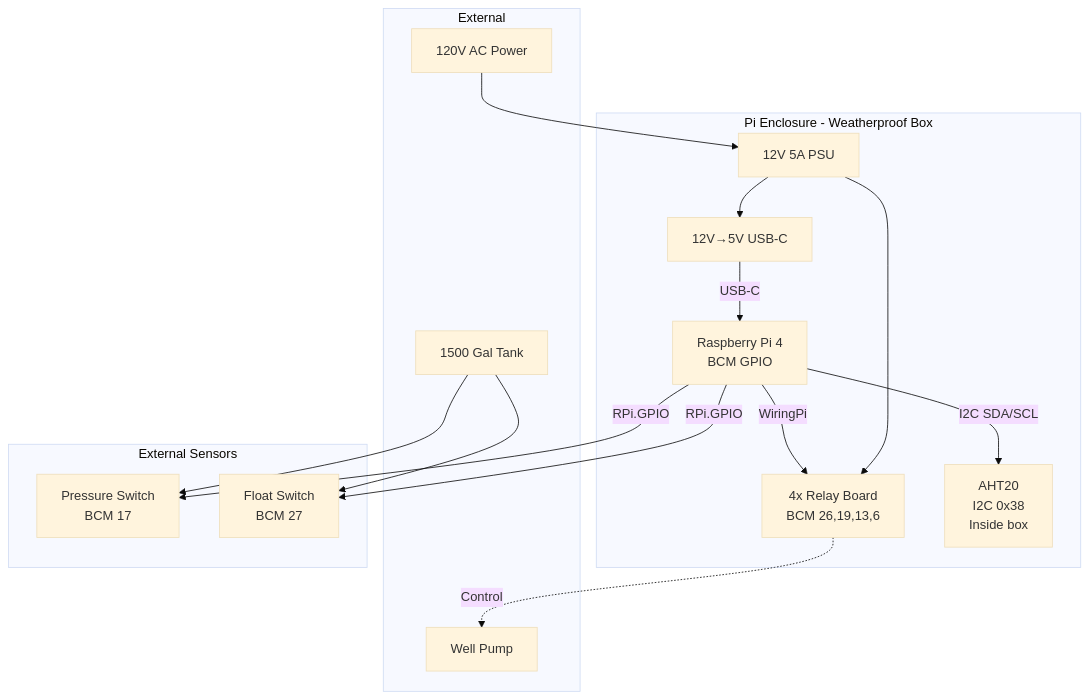
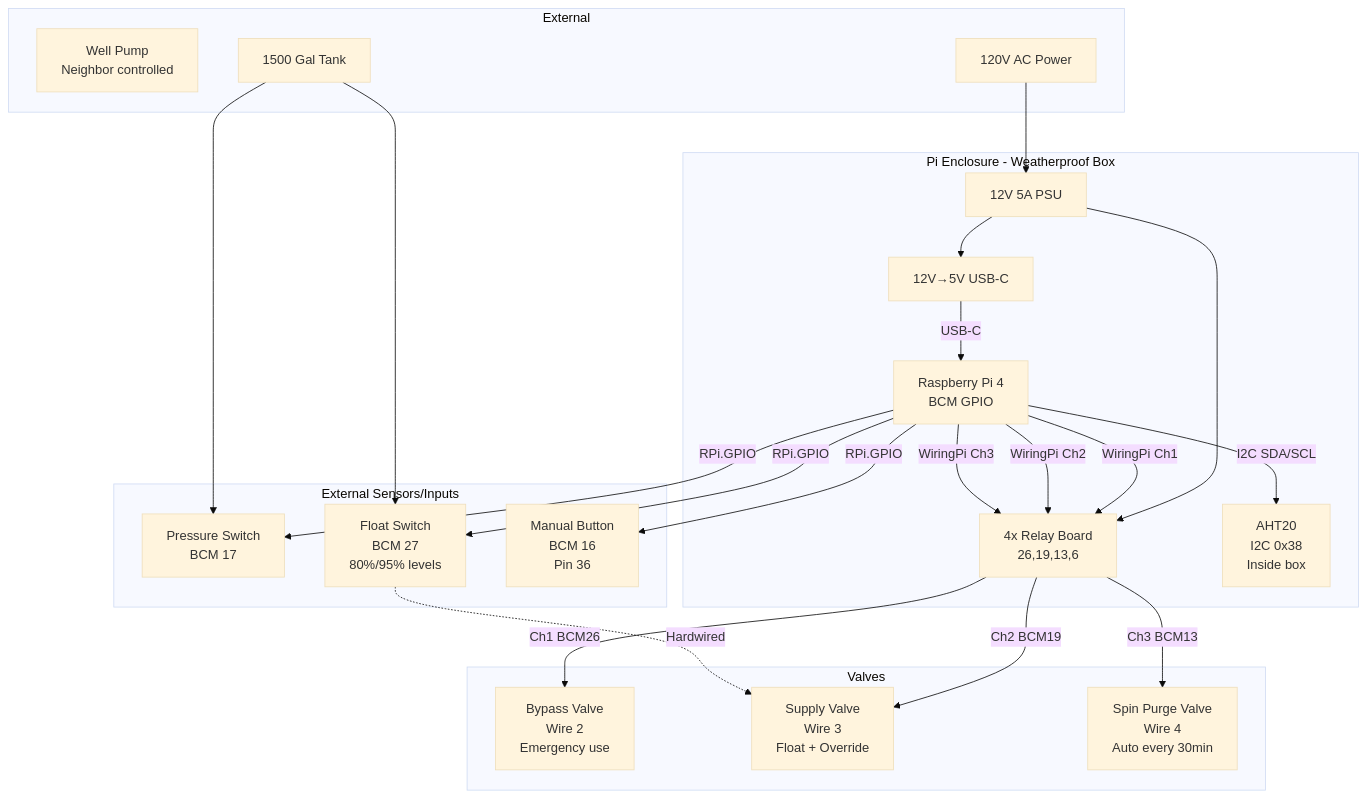
One commit to porttack/pumphouse changed the tenth of 10 diagrams in overview.md. Above: the diagram before and after it, drawn with Mermaid (base theme). The commit also changed other lines of this file, not shown here.

````diff
--- a/overview.md
+++ b/overview.md
@@ -340,33 +639,46 @@
 ```mermaid
 graph TB
     subgraph "External"
-        Well[Well Pump]
+        Well[Well Pump<br/>Neighbor controlled]
         Tank[1500 Gal Tank]
         AC[120V AC Power]
     end
     
     subgraph "Pi Enclosure - Weatherproof Box"
         Pi[Raspberry Pi 4<br/>BCM GPIO]
         PSU[12V 5A PSU]
         Buck[12V→5V USB-C]
-        Relays[4x Relay Board<br/>BCM 26,19,13,6]
+        Relays[4x Relay Board<br/>26,19,13,6]
         TempSens[AHT20<br/>I2C 0x38<br/>Inside box]
     end
     
-    subgraph "External Sensors"
+    subgraph "External Sensors/Inputs"
         Press[Pressure Switch<br/>BCM 17]
-        Float[Float Switch<br/>BCM 27]
+        Float[Float Switch<br/>BCM 27<br/>80%/95% levels]
+        Button[Manual Button<br/>BCM 16<br/>Pin 36]
+    end
+    
+    subgraph "Valves"
+        Bypass[Bypass Valve<br/>Wire 2<br/>Emergency use]
+        Supply[Supply Valve<br/>Wire 3<br/>Float + Override]
+        Spindown[Spin Purge Valve<br/>Wire 4<br/>Auto every 30min]
     end
     
     AC --> PSU
     PSU --> Buck
     PSU --> Relays
     Buck -->|USB-C| Pi
     Pi -->|I2C SDA/SCL| TempSens
-    Pi -->|WiringPi| Relays
+    Pi -->|WiringPi Ch1| Relays
+    Pi -->|WiringPi Ch2| Relays
+    Pi -->|WiringPi Ch3| Relays
     Pi -->|RPi.GPIO| Press
     Pi -->|RPi.GPIO| Float
+    Pi -->|RPi.GPIO| Button
     Tank --> Float
     Tank --> Press
-    Relays -.->|Control| Well
+    Relays -->|Ch1 BCM26| Bypass
+    Relays -->|Ch2 BCM19| Supply
+    Relays -->|Ch3 BCM13| Spindown
+    Float -.->|Hardwired| Supply
 ```
````
